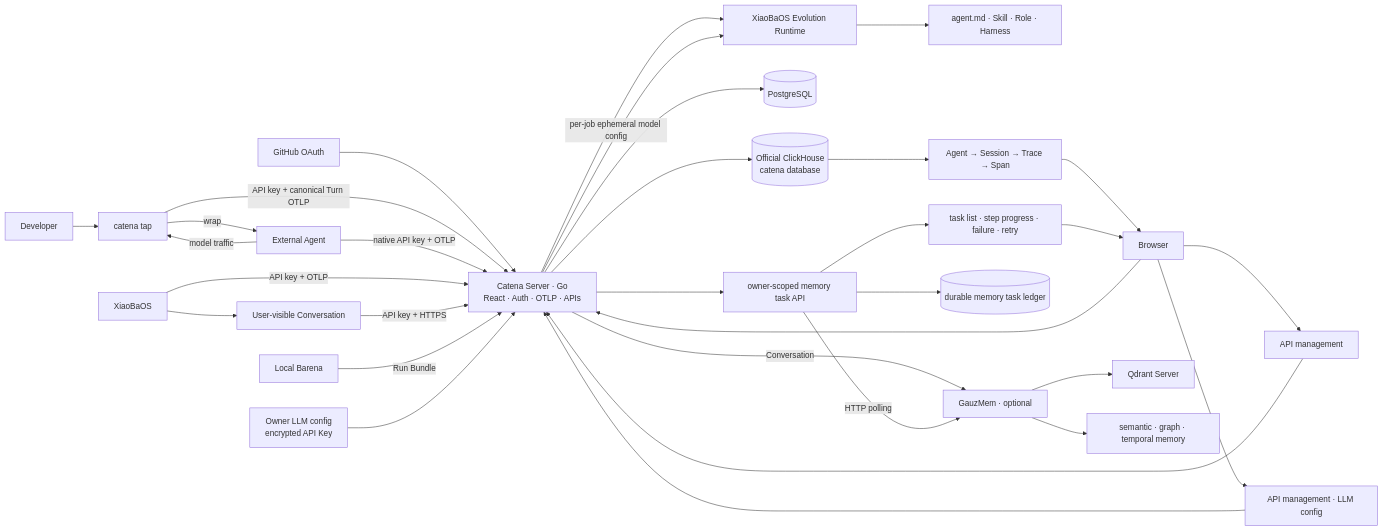
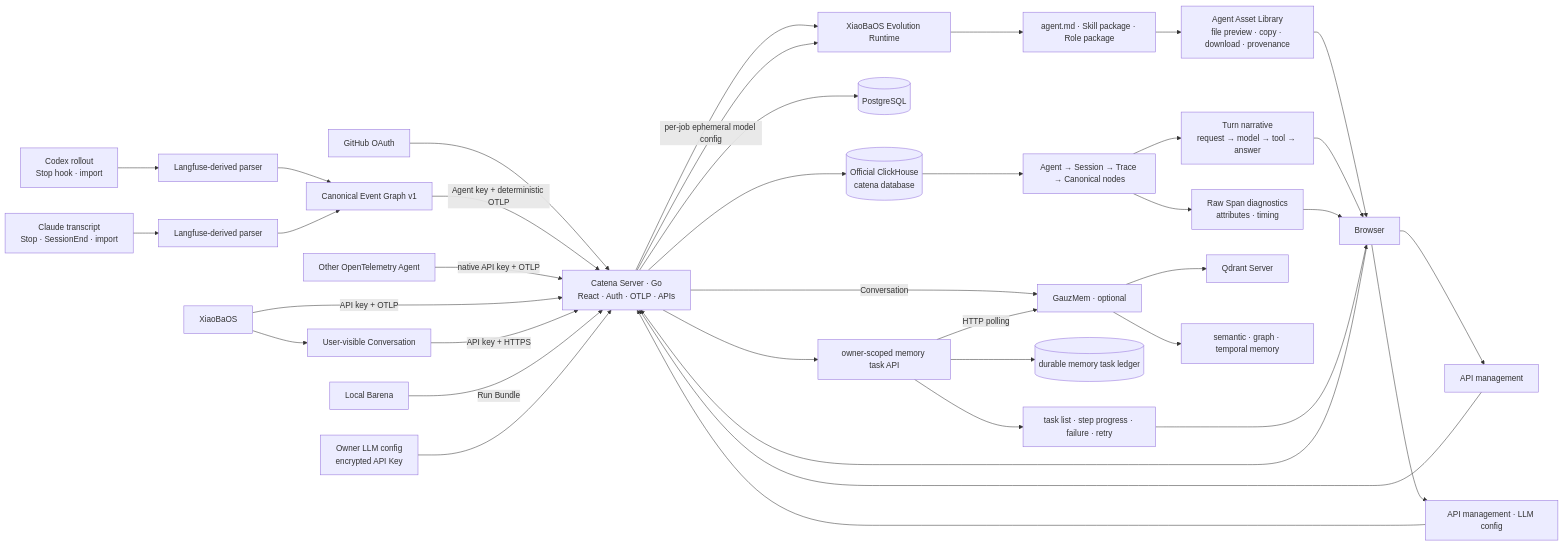
The first of 2 diagrams in SPEC.md (fightheyyy/CATENA), drawn with Mermaid before and after one commit. The commit also changed other lines of this file and 113 other files, not shown here.

````diff
--- a/SPEC.md
+++ b/SPEC.md
@@ -29,34 +30,40 @@
 ```mermaid
 flowchart LR
     GitHub["GitHub OAuth"] --> Go
     Browser["Browser"] --> Go["Catena Server · Go<br/>React · Auth · OTLP · APIs"]
-    Developer["Developer"] --> Tap["catena tap"]
-    Tap -->|"wrap"| Runtime["External Agent"]
-    Runtime -->|"model traffic"| Tap
-    Tap -->|"API key + canonical Turn OTLP"| Go
-    Runtime -->|"native API key + OTLP"| Go
+    Codex["Codex rollout<br/>Stop hook · import"] --> CodexParser["Langfuse-derived parser"]
+    Claude["Claude transcript<br/>Stop · SessionEnd · import"] --> ClaudeParser["Langfuse-derived parser"]
+    CodexParser --> Graph["Canonical Event Graph v1"]
+    ClaudeParser --> Graph
+    Graph -->|"Agent key + deterministic OTLP"| Go
+    Runtime["Other OpenTelemetry Agent"] -->|"native API key + OTLP"| Go
     XiaoBa["XiaoBaOS"] -->|"API key + OTLP"| Go
     XiaoBa --> Conversation["User-visible Conversation"]
     Conversation -->|"API key + HTTPS"| Go
     Barena["Local Barena"] -->|"Run Bundle"| Go
     Go --> Runner["XiaoBaOS Evolution Runtime"]
     OwnerModel["Owner LLM config<br/>encrypted API Key"] --> Go
     Go -->|"per-job ephemeral model config"| Runner
-    Runner --> Asset["agent.md · Skill · Role · Harness"]
+    Runner --> Asset["agent.md · Skill package · Role package"]
+    Asset --> Library["Agent Asset Library<br/>file preview · copy · download · provenance"]
+    Library --> Browser
     Go --> PG[("PostgreSQL")]
     Go --> CH[("Official ClickHouse<br/>catena database")]
-    CH --> Hierarchy["Agent → Session → Trace → Span"]
-    Hierarchy --> Browser
+    CH --> Hierarchy["Agent → Session → Trace → Canonical nodes"]
+    Hierarchy --> Narrative["Turn narrative<br/>request → model → tool → answer"]
+    Hierarchy --> Diagnostics["Raw Span diagnostics<br/>attributes · timing"]
+    Narrative --> Browser
+    Diagnostics --> Browser
     Go -->|"Conversation"| Memory["GauzMem · optional"]
     Go --> TaskAPI["owner-scoped memory task API"]
     TaskAPI --> TaskLedger[("durable memory task ledger")]
     TaskAPI -->|"HTTP polling"| Memory
     Memory --> Vector["Qdrant Server"]
     TaskAPI --> Progress["task list · step progress · failure · retry"]
     Progress --> Browser
     Memory --> Recall["semantic · graph · temporal memory"]
     Browser --> Keys["API management"]
     Browser --> ModelSettings["API management · LLM config"]
     ModelSettings --> Go
     Keys --> Go
 ```
````
